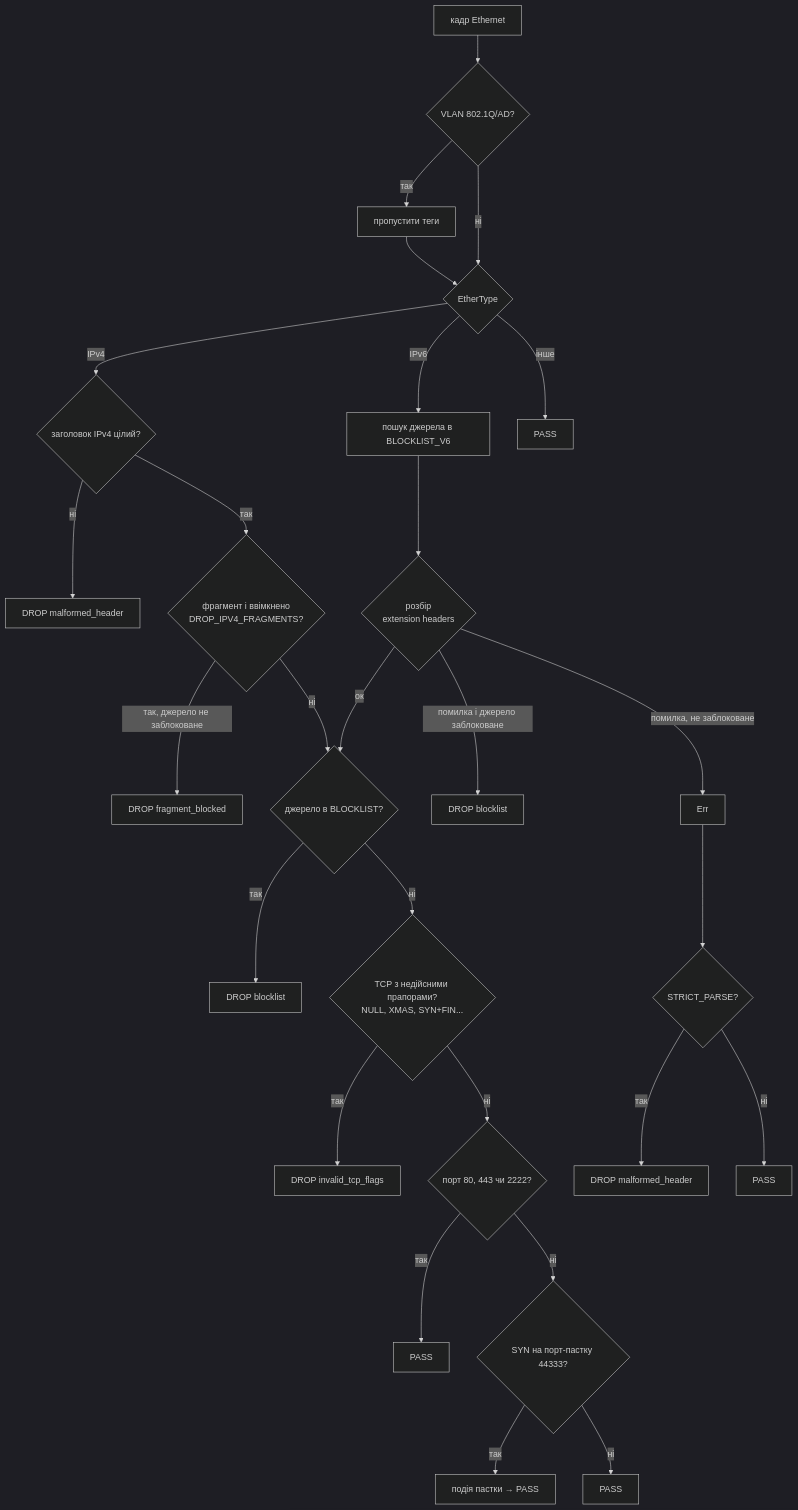
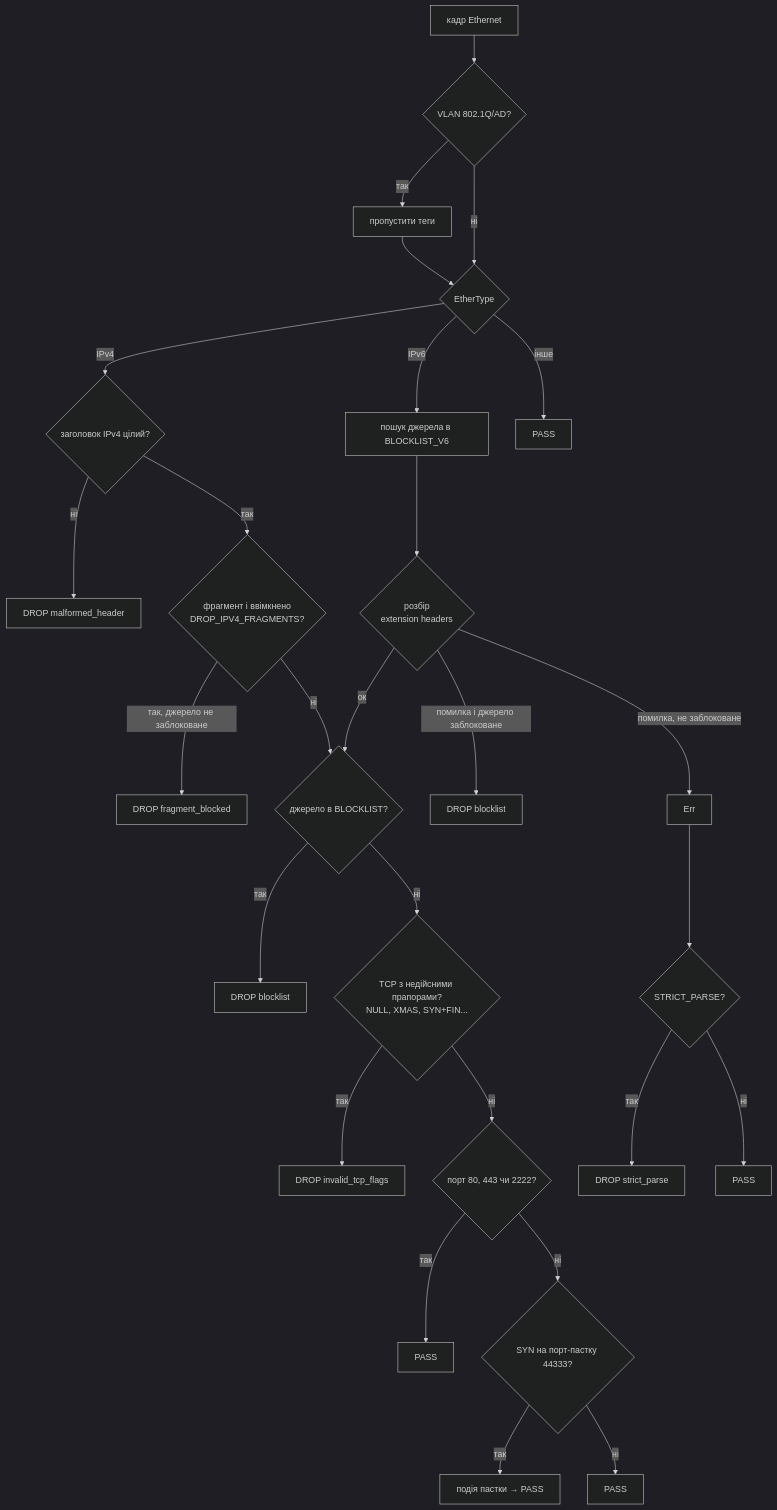
Before and after one commit to ValkyrieSentinel/sokol-core: the second of 5 diagrams in ARCHITECTURE.md, drawn with Mermaid (dark theme). The commit also changed other lines of this file and 10 other files, not shown here.

````diff
--- a/ARCHITECTURE.md
+++ b/ARCHITECTURE.md
@@ -158,27 +158,27 @@
 ```mermaid
 flowchart TD
     A[кадр Ethernet] --> B{"VLAN 802.1Q/AD?"}
     B -->|так| B2[пропустити теги] --> C
     B -->|ні| C{EtherType}
     C -->|IPv4| D{заголовок IPv4 цілий?}
     D -->|ні| DROP1[DROP malformed_header]
     D -->|так| E{фрагмент і ввімкнено<br/>DROP_IPV4_FRAGMENTS?}
     E -->|так, джерело не заблоковане| DROP2[DROP fragment_blocked]
     E -->|ні| F
     C -->|IPv6| G[пошук джерела в BLOCKLIST_V6] --> H{розбір<br/>extension headers}
     H -->|помилка і джерело заблоковане| DROP3[DROP blocklist]
     H -->|помилка, не заблоковане| ERR[Err]
     H -->|ок| F
     C -->|інше| PASS0[PASS]
     F{джерело в BLOCKLIST?} -->|так| DROP4[DROP blocklist]
     F -->|ні| T{TCP з недійсними прапорами?<br/>NULL, XMAS, SYN+FIN...}
     T -->|так| DROP5[DROP invalid_tcp_flags]
     T -->|ні| P{"порт 80, 443 чи 2222?"}
     P -->|так| PASS1[PASS]
     P -->|ні| TR{SYN на порт-пастку 44333?}
     TR -->|так| EV[подія пастки → PASS]
     TR -->|ні| PASS2[PASS]
     ERR --> S{STRICT_PARSE?}
-    S -->|так| DROP6[DROP malformed_header]
+    S -->|так| DROP6[DROP strict_parse]
     S -->|ні| PASS3[PASS]
 ```
````
